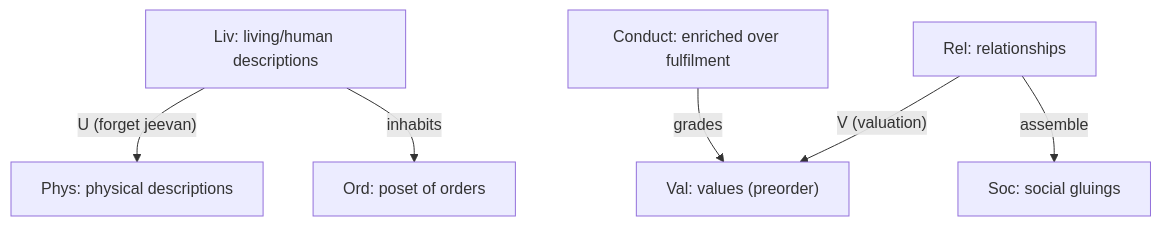
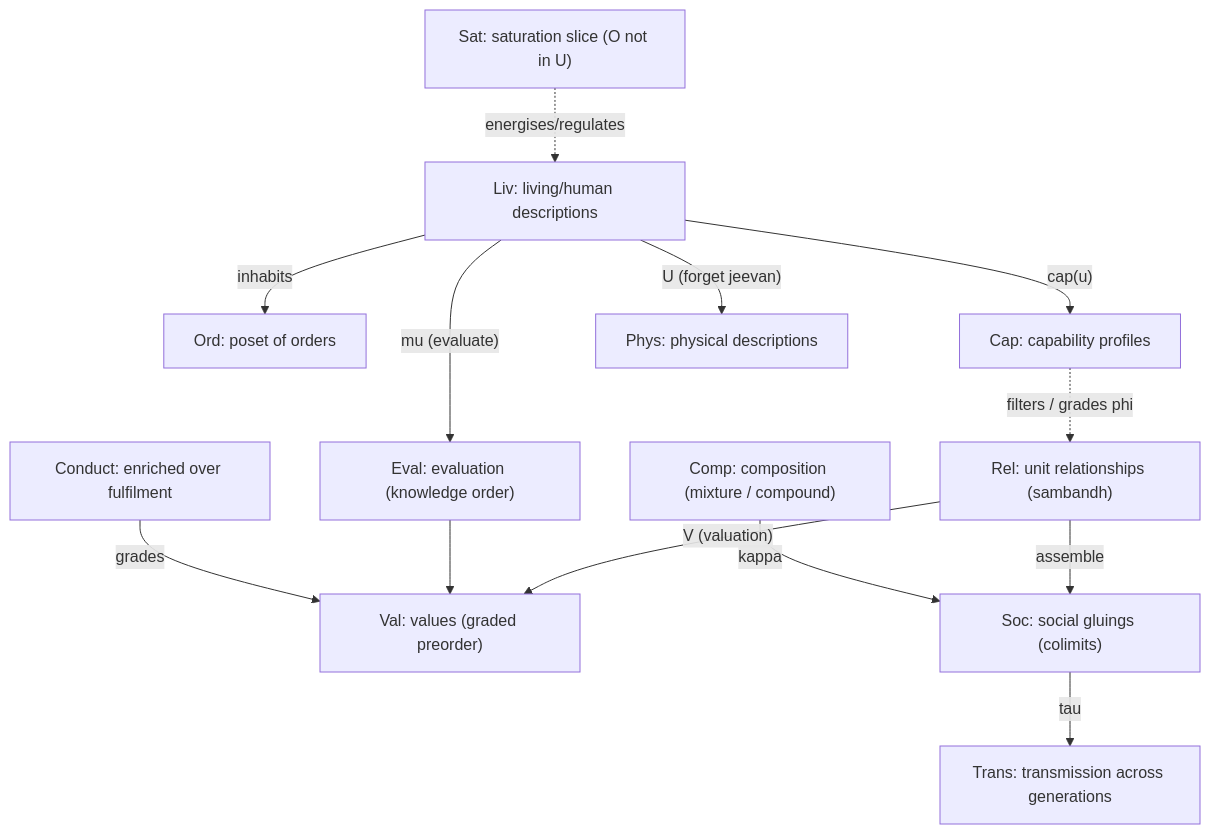
The eighth of 13 diagrams in Studies/Category-Theory-Explained/Category-Theory-Explained.md (raghavamohan/AnalyticMadhyasthDarshan), drawn with Mermaid before and after one commit. The commit also changed other lines of this file and 2 other files, not shown here.

````diff
--- a/Studies/Category-Theory-Explained/Category-Theory-Explained.md
+++ b/Studies/Category-Theory-Explained/Category-Theory-Explained.md
@@ -246,16 +244,28 @@
 ```mermaid
 flowchart TD
+    Sat["Sat: saturation slice (O not in U)"]
     Ord["Ord: poset of orders"]
+    Cap["Cap: capability profiles"]
     Phys["Phys: physical descriptions"]
     Liv["Liv: living/human descriptions"]
-    Rel["Rel: relationships"]
-    Val["Val: values (preorder)"]
+    Rel["Rel: unit relationships (sambandh)"]
+    Val["Val: values (graded preorder)"]
+    Eval["Eval: evaluation (knowledge order)"]
     Conduct["Conduct: enriched over fulfilment"]
-    Soc["Soc: social gluings"]
+    Comp["Comp: composition (mixture / compound)"]
+    Soc["Soc: social gluings (colimits)"]
+    Trans["Trans: transmission across generations"]
 
+    Sat -.->|"energises/regulates"| Liv
+    Liv -->|"cap(u)"| Cap
+    Cap -.->|"filters / grades phi"| Rel
     Liv -->|"U (forget jeevan)"| Phys
     Rel -->|"V (valuation)"| Val
     Rel -->|"assemble"| Soc
+    Comp -->|"kappa"| Soc
+    Liv -->|"mu (evaluate)"| Eval
+    Eval --> Val
     Conduct -->|"grades"| Val
     Liv -->|"inhabits"| Ord
+    Soc -->|"tau"| Trans
 ```
````
